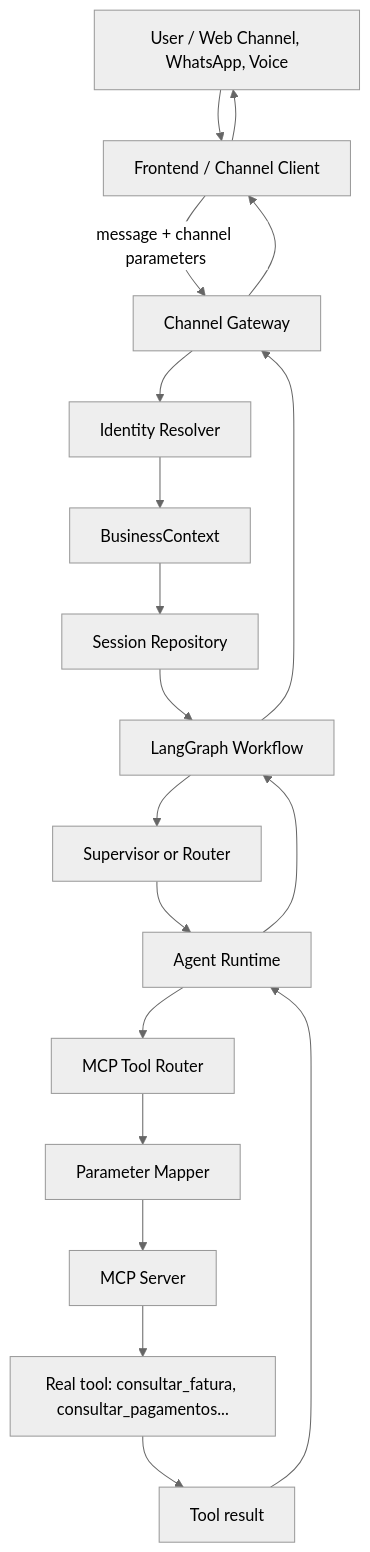
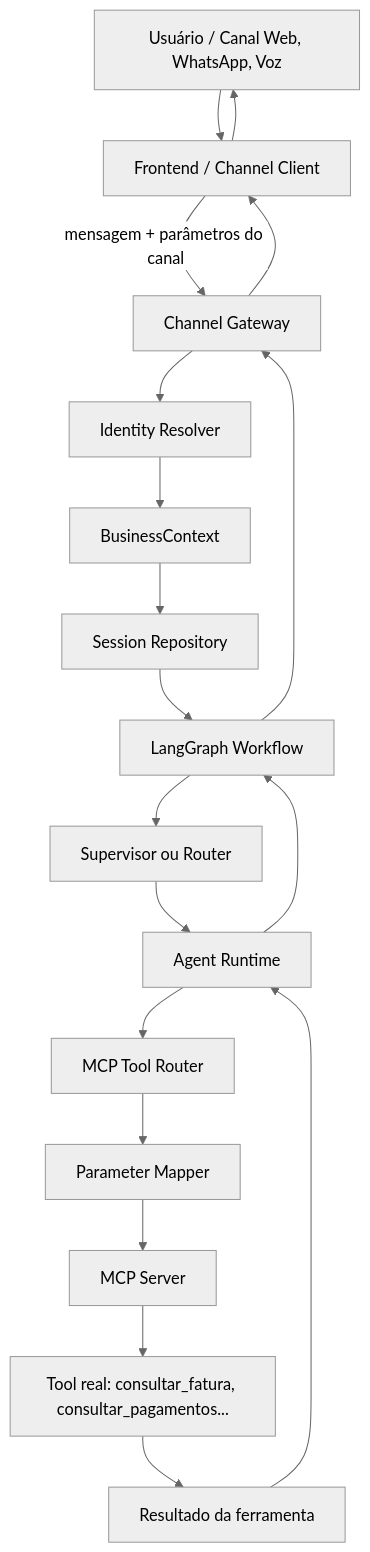
Before and after one commit to hoshikawa2/agent_framework_oci_2: the fourth of 8 diagrams in README.md, drawn with Mermaid (neutral theme). The commit also changed other lines of this file and 227 other files, not shown here.

````diff
--- a/README.md
+++ b/README.md
@@ -4500,35 +4515,35 @@
 ```mermaid
 flowchart TD
 
-    U[User / Web Channel, WhatsApp, Voice] --> F[Frontend / Channel Client]
+    U[Usuário / Canal Web, WhatsApp, Voz] --> F[Frontend / Channel Client]
 
-    F -->|message + channel parameters| G[Channel Gateway]
+    F -->|mensagem + parâmetros do canal| G[Channel Gateway]
 
     G --> I[Identity Resolver]
 
     I --> BC[BusinessContext]
 
     BC --> S[Session Repository]
 
     S --> LG[LangGraph Workflow]
 
-    LG --> SUP[Supervisor or Router]
+    LG --> SUP[Supervisor ou Router]
 
     SUP --> AR[Agent Runtime]
 
     AR --> TR[MCP Tool Router]
 
     TR --> MAP[Parameter Mapper]
 
     MAP --> MCP[MCP Server]
 
-    MCP --> TOOL[Real tool: consultar_fatura, consultar_pagamentos...]
+    MCP --> TOOL[Tool real: consultar_fatura, consultar_pagamentos...]
 
-    TOOL --> RES[Tool result]
+    TOOL --> RES[Resultado da ferramenta]
 
     RES --> AR
     AR --> LG
     LG --> G
     G --> F
     F --> U
 ```
````
